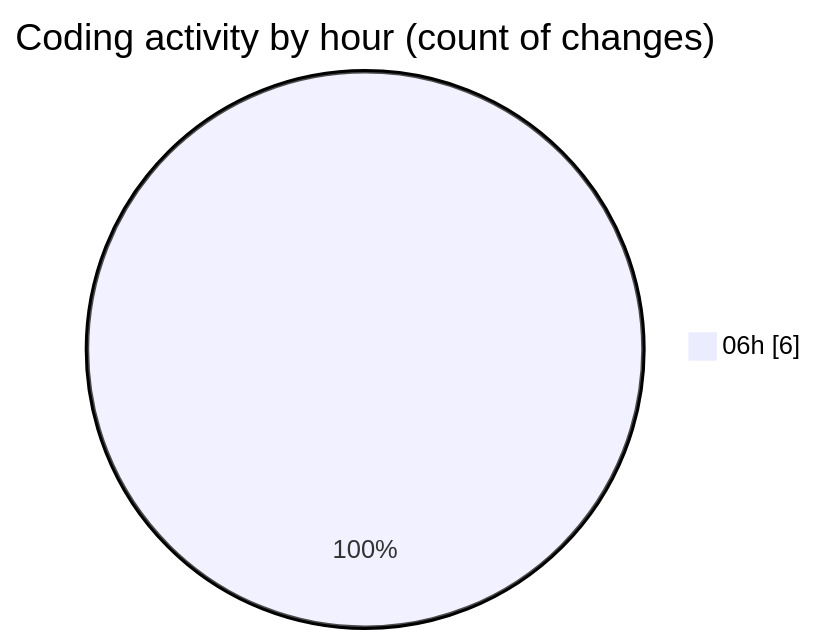
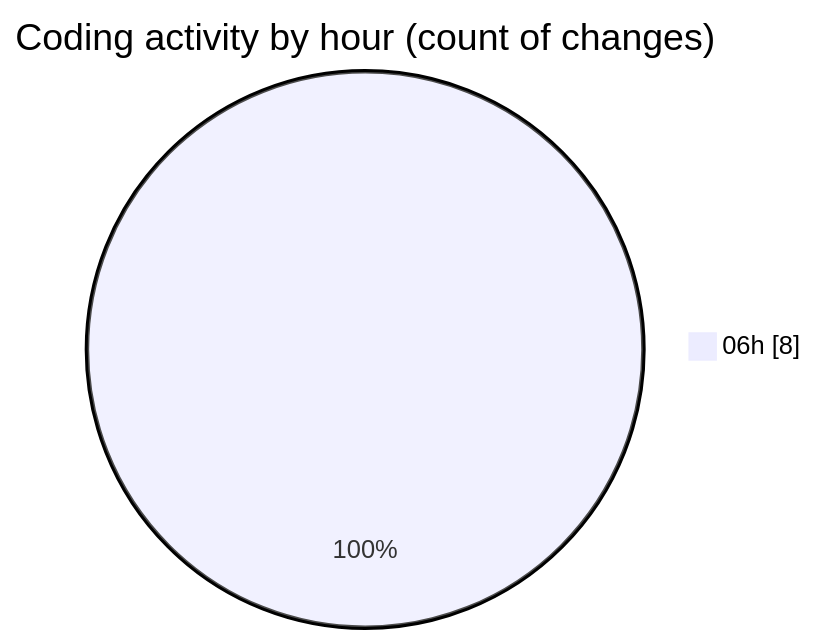
One commit to vahidmafi/code-tracking changed the second of 2 diagrams in 2025-08-26/shop/README.md. Above: the diagram before and after it, drawn with Mermaid. The commit also changed other lines of this file and 1 other file, not shown here.

````diff
--- a/2025-08-26/shop/README.md
+++ b/2025-08-26/shop/README.md
@@ -29,5 +30,5 @@
 ```mermaid
 pie showData
 title Coding activity by hour (count of changes)
-"06h" : 6
+"06h" : 8
 ```
````
